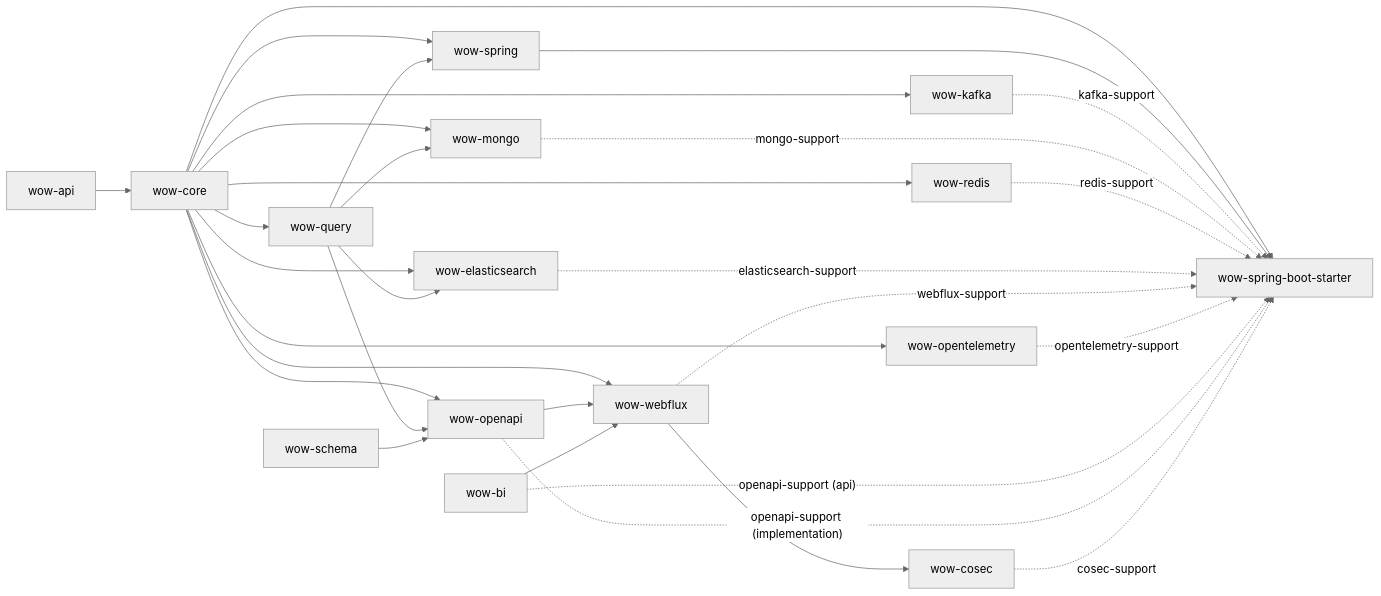
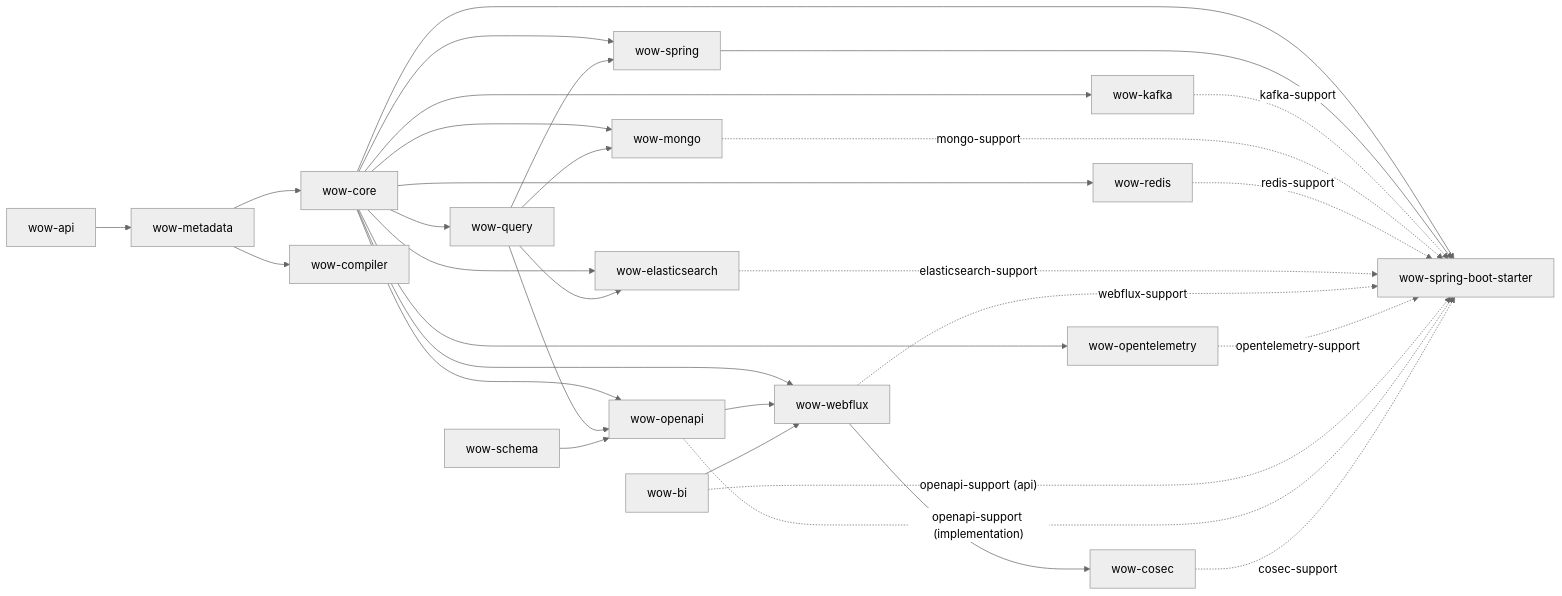
One commit to Ahoo-Wang/Wow changed the diagram in documentation/docs/en/guide/advanced/module-dependencies.md. Above: the diagram before and after it, drawn with Mermaid (neutral theme). The commit also changed other lines of this file and 37 other files, not shown here.

First line of the commit message:
refactor(compiler): wow-compiler depends on a new wow-metadata module instead of wow-core; generated code carries no build time (E5) (#3949)

````diff
--- a/documentation/docs/en/guide/advanced/module-dependencies.md
+++ b/documentation/docs/en/guide/advanced/module-dependencies.md
@@ -45,35 +46,37 @@
 ```mermaid
 graph LR
-    API[wow-api] --> CORE[wow-core]
+    API[wow-api] --> META[wow-metadata]
+    META --> CORE[wow-core]
+    META --> COMPILER[wow-compiler]
     CORE --> QUERY[wow-query]
     CORE --> SPRING[wow-spring]
     QUERY --> SPRING
     CORE --> STARTER[wow-spring-boot-starter]
     SPRING --> STARTER
 
     CORE --> KAFKA[wow-kafka]
     CORE --> MONGO[wow-mongo]
     QUERY --> MONGO
     CORE --> REDIS[wow-redis]
     CORE --> ES[wow-elasticsearch]
     QUERY --> ES
 
     CORE --> OPENAPI[wow-openapi]
     QUERY --> OPENAPI
     SCHEMA[wow-schema] --> OPENAPI
     CORE --> WEBFLUX[wow-webflux]
     OPENAPI --> WEBFLUX
     BI[wow-bi] --> WEBFLUX
     CORE --> OTEL[wow-opentelemetry]
     WEBFLUX --> COSEC[wow-cosec]
 
     KAFKA -. kafka-support .-> STARTER
     MONGO -. mongo-support .-> STARTER
     REDIS -. redis-support .-> STARTER
     ES -. elasticsearch-support .-> STARTER
     WEBFLUX -. webflux-support .-> STARTER
     OTEL -. opentelemetry-support .-> STARTER
     BI -. "openapi-support (api)" .-> STARTER
     OPENAPI -. "openapi-support (implementation)" .-> STARTER
     COSEC -. cosec-support .-> STARTER
 ```
````
